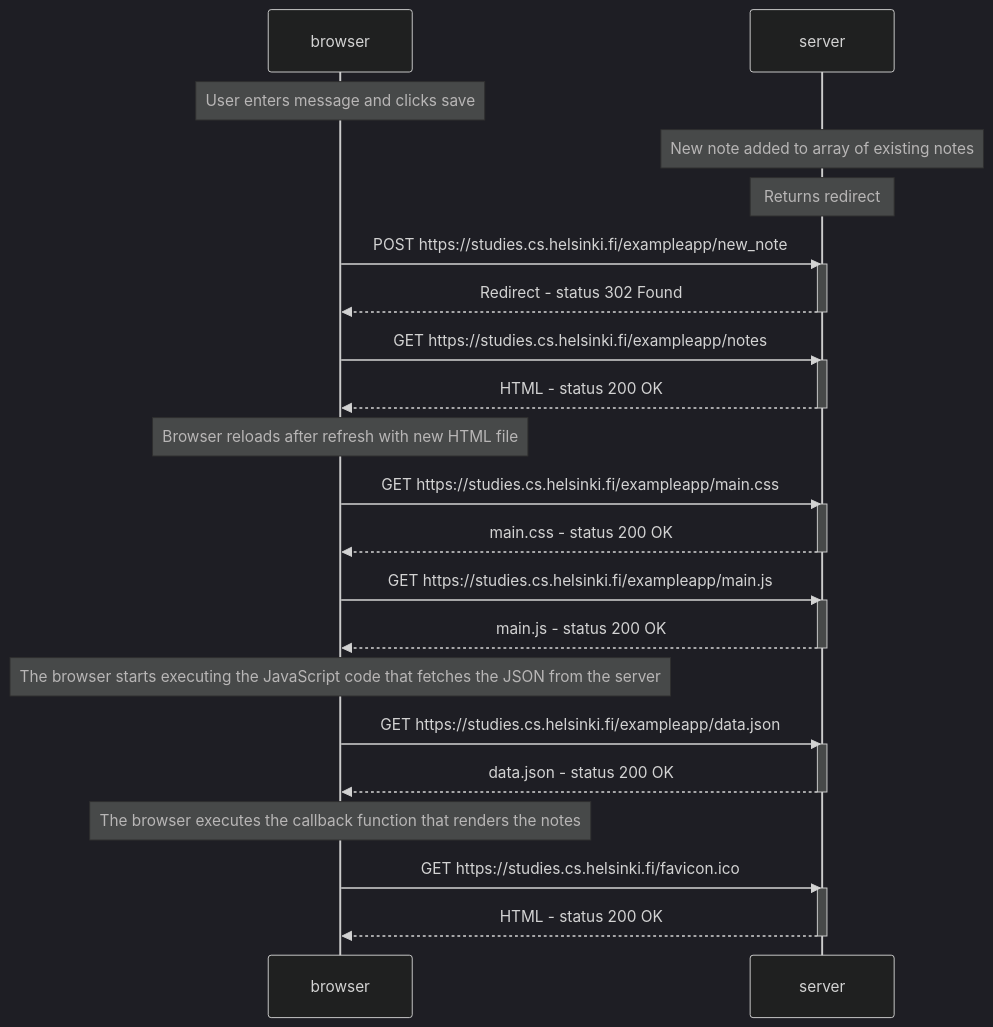
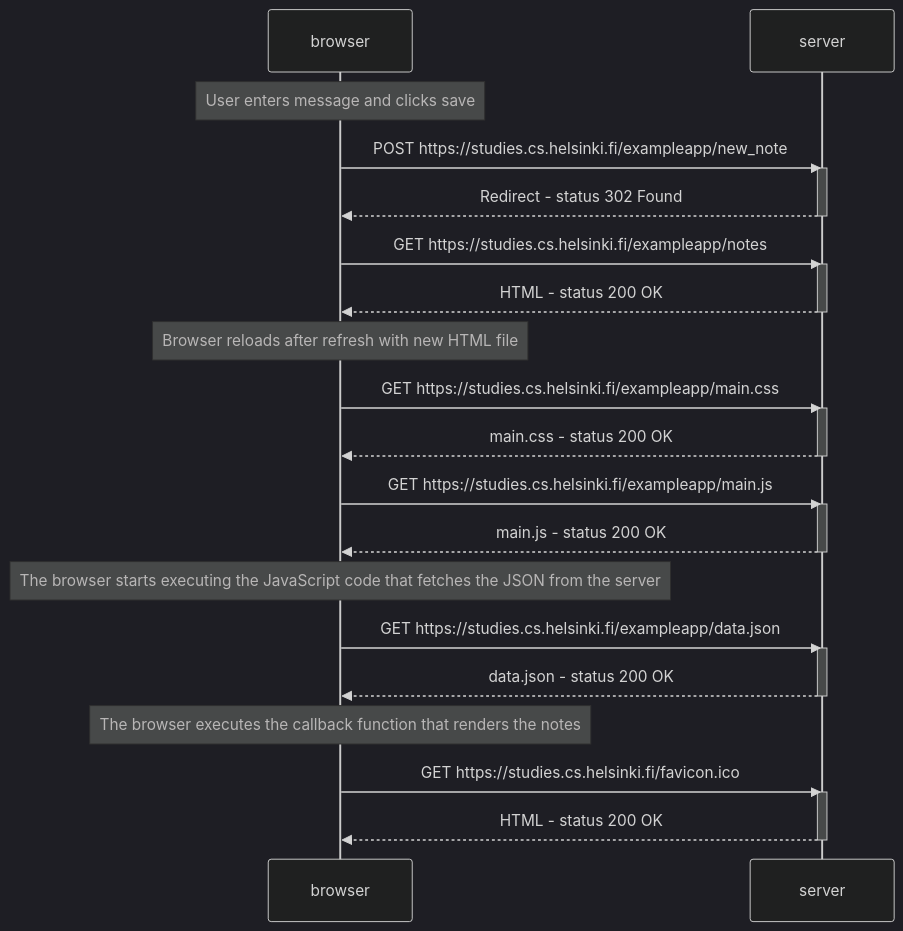
One commit to joekbullard/helsinki-mooc changed the diagram in part0/0.4.md. Above: the diagram before and after it, drawn with Mermaid (dark theme).

````diff
--- a/part0/0.4.md
+++ b/part0/0.4.md
@@ -1,48 +1,44 @@
 ```mermaid
 sequenceDiagram
     participant browser
     participant server
     
     Note over browser: User enters message and clicks save
-    
-    Note over server: New note added to array of existing notes
-    
-    Note over server: Returns redirect
     
     browser->>server: POST https://studies.cs.helsinki.fi/exampleapp/new_note
     activate server
     server-->>browser: Redirect - status 302 Found
     deactivate server
 
     browser->>server: GET https://studies.cs.helsinki.fi/exampleapp/notes
     activate server
     server-->>browser: HTML - status 200 OK
     deactivate server
     
     Note over browser: Browser reloads after refresh with new HTML file
     
     browser->>server: GET https://studies.cs.helsinki.fi/exampleapp/main.css
     activate server
     server-->>browser: main.css - status 200 OK
     deactivate server
 
     browser->>server: GET https://studies.cs.helsinki.fi/exampleapp/main.js
     activate server
     server-->>browser: main.js - status 200 OK
     deactivate server
     
     Note over browser: The browser starts executing the JavaScript code that fetches the JSON from the server
     
     browser->>server: GET https://studies.cs.helsinki.fi/exampleapp/data.json
     activate server
     server-->>browser: data.json - status 200 OK
     deactivate server
     
     Note over browser: The browser executes the callback function that renders the notes
     
     browser->>server: GET https://studies.cs.helsinki.fi/favicon.ico
     activate server
     server-->>browser: HTML - status 200 OK
     deactivate server
 
 ```    
````
